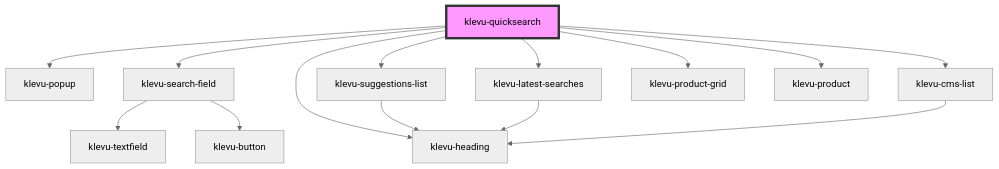
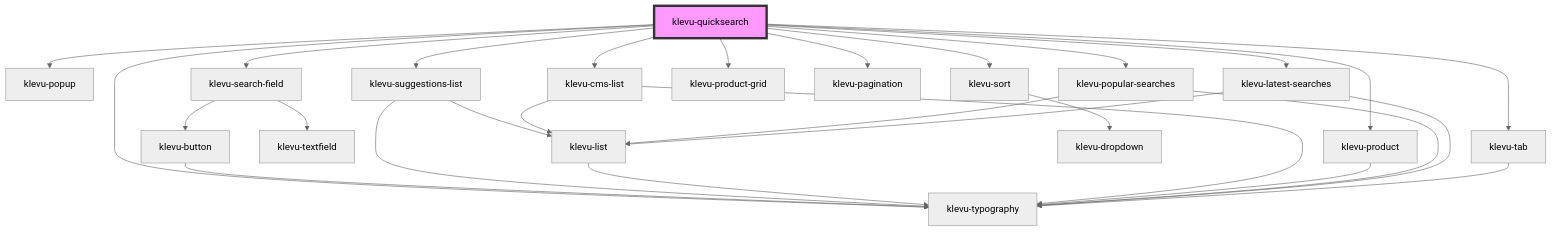
The diagram in packages/klevu-ui/src/components/klevu-quicksearch/readme.md (klevultd/frontend-sdk), drawn with Mermaid (neutral theme) before and after one commit. The commit also changed other lines of this file and 199 other files, not shown here.

````diff
--- a/packages/klevu-ui/src/components/klevu-quicksearch/readme.md
+++ b/packages/klevu-ui/src/components/klevu-quicksearch/readme.md
@@ -40,17 +52,31 @@
 ```mermaid
 graph TD;
   klevu-quicksearch --> klevu-popup
   klevu-quicksearch --> klevu-search-field
   klevu-quicksearch --> klevu-suggestions-list
-  klevu-quicksearch --> klevu-latest-searches
   klevu-quicksearch --> klevu-cms-list
-  klevu-quicksearch --> klevu-heading
+  klevu-quicksearch --> klevu-typography
+  klevu-quicksearch --> klevu-sort
   klevu-quicksearch --> klevu-product-grid
   klevu-quicksearch --> klevu-product
+  klevu-quicksearch --> klevu-pagination
+  klevu-quicksearch --> klevu-popular-searches
+  klevu-quicksearch --> klevu-latest-searches
+  klevu-quicksearch --> klevu-tab
   klevu-search-field --> klevu-textfield
   klevu-search-field --> klevu-button
-  klevu-suggestions-list --> klevu-heading
-  klevu-latest-searches --> klevu-heading
-  klevu-cms-list --> klevu-heading
+  klevu-button --> klevu-typography
+  klevu-suggestions-list --> klevu-typography
+  klevu-suggestions-list --> klevu-list
+  klevu-list --> klevu-typography
+  klevu-cms-list --> klevu-typography
+  klevu-cms-list --> klevu-list
+  klevu-sort --> klevu-dropdown
+  klevu-product --> klevu-typography
+  klevu-popular-searches --> klevu-typography
+  klevu-popular-searches --> klevu-list
+  klevu-latest-searches --> klevu-typography
+  klevu-latest-searches --> klevu-list
+  klevu-tab --> klevu-typography
   style klevu-quicksearch fill:#f9f,stroke:#333,stroke-width:4px
 ```
````
